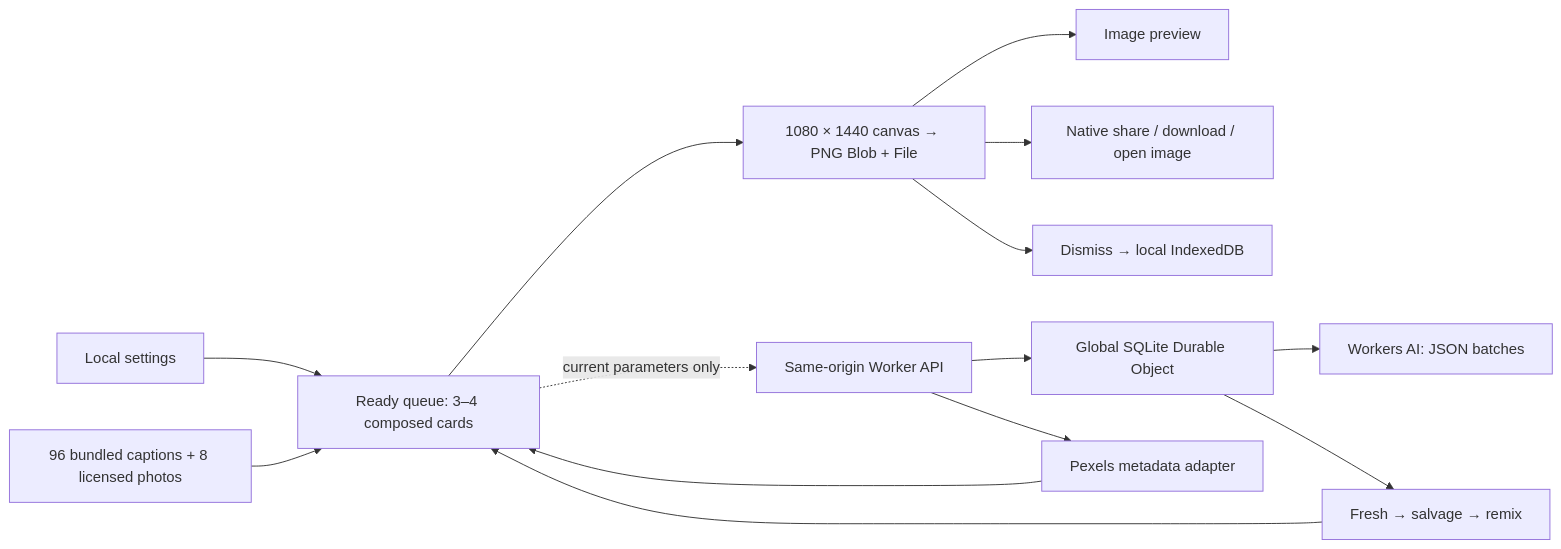
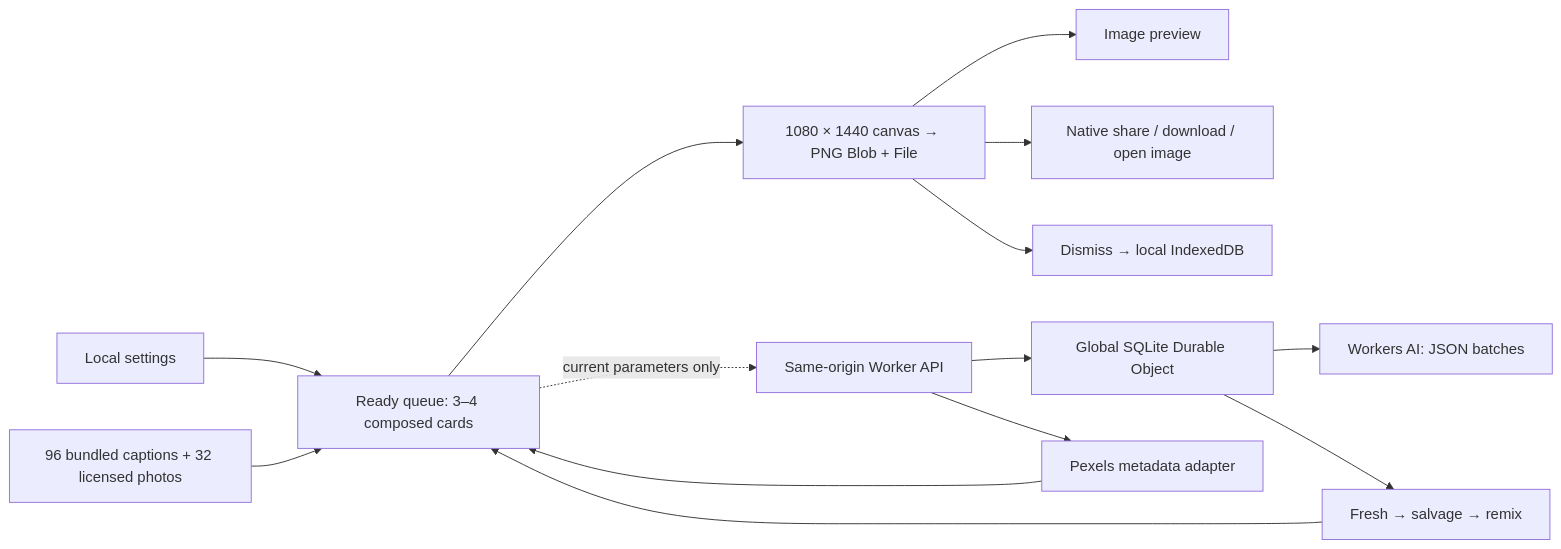
The diagram in ARCHITECTURE.md (jdforsythe/moodswipe), drawn with Mermaid before and after one commit. The commit also changed other lines of this file and 68 other files, not shown here.

````diff
--- a/ARCHITECTURE.md
+++ b/ARCHITECTURE.md
@@ -5,16 +5,16 @@
 ```mermaid
 flowchart LR
   Settings[Local settings] --> Queue[Ready queue: 3–4 composed cards]
-  Curated[96 bundled captions + 8 licensed photos] --> Queue
+  Curated[96 bundled captions + 32 licensed photos] --> Queue
   Queue --> Canvas[1080 × 1440 canvas → PNG Blob + File]
   Canvas --> Preview[Image preview]
   Canvas --> OS[Native share / download / open image]
   Canvas --> Rejected[Dismiss → local IndexedDB]
   Queue -. current parameters only .-> API[Same-origin Worker API]
   API --> Pool[Global SQLite Durable Object]
   Pool --> AI[Workers AI: JSON batches]
   Pool --> Fallback[Fresh → salvage → remix]
   Fallback --> Queue
   API --> Pexels[Pexels metadata adapter]
   Pexels --> Queue
 ```
````
